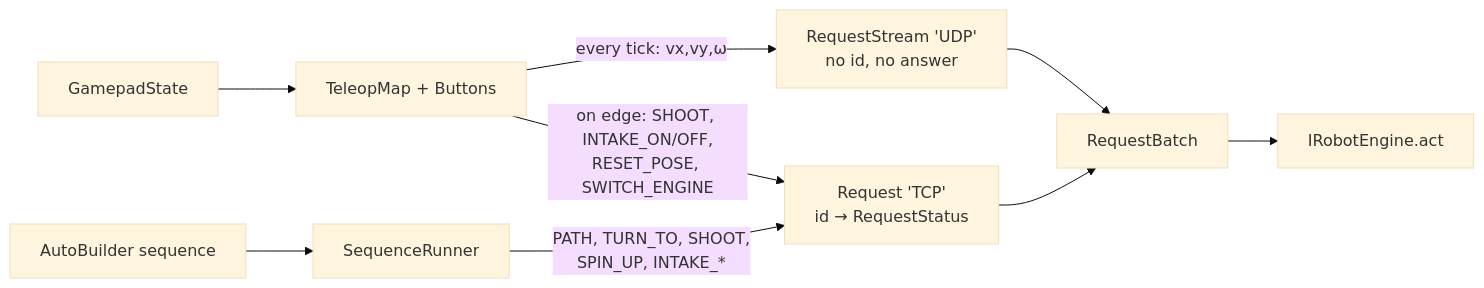
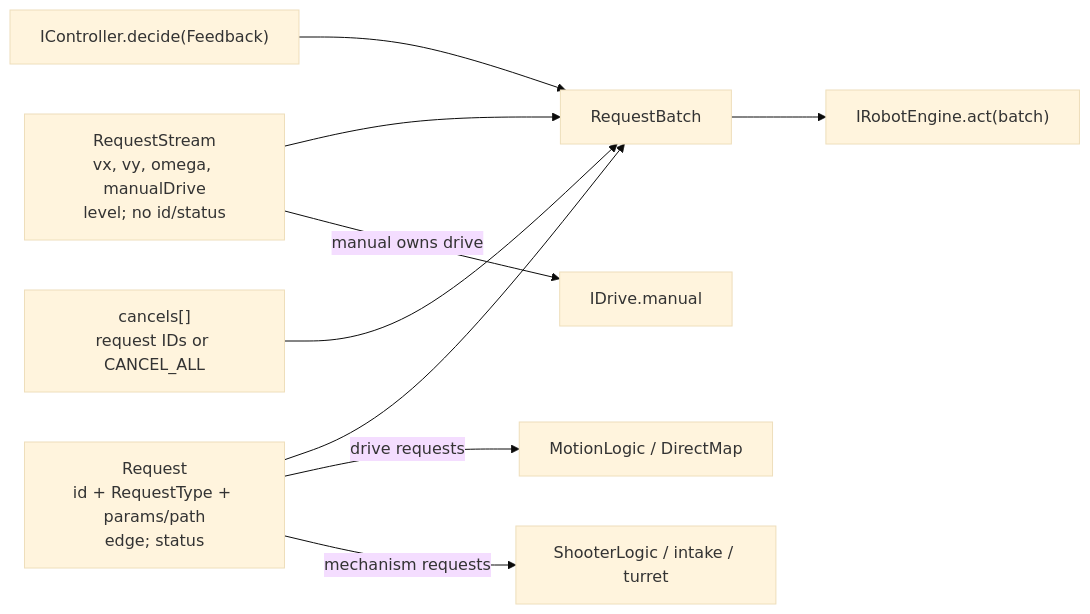
Diagram 12 of 23 in architecture/architecture.md (tunapro1234/boobuzz-docs), drawn with Mermaid (base theme) before and after one commit. The commit also changed other lines of this file and 48 other files, not shown here.

First line of the commit message:
Rewrite architecture as rendered diagram-first reference

````diff
--- a/architecture/architecture.md
+++ b/architecture/architecture.md
@@ -721,11 +609,11 @@
 ```mermaid
 flowchart LR
-    GP[GamepadState] --> TM[TeleopMap + Buttons]
-    AB[AutoBuilder sequence] --> SR[SequenceRunner]
-    TM -->|every tick: vx,vy,ω| ST[RequestStream 'UDP'<br/>no id, no answer]
-    TM -->|on edge: SHOOT, INTAKE_ON/OFF,<br/>RESET_POSE, SWITCH_ENGINE| RQ[Request 'TCP'<br/>id → RequestStatus]
-    SR -->|PATH, TURN_TO, SHOOT,<br/>SPIN_UP, INTAKE_*| RQ
-    ST --> RB[RequestBatch]
-    RQ --> RB
-    RB --> ENG[IRobotEngine.act]
+    C["IController.decide(Feedback)"] --> B["RequestBatch"]
+    S["RequestStream<br/>vx, vy, omega, manualDrive<br/>level; no id/status"] --> B
+    R["Request<br/>id + RequestType + params/path<br/>edge; status"] --> B
+    X["cancels[]<br/>request IDs or CANCEL_ALL"] --> B
+    B --> E["IRobotEngine.act(batch)"]
+    S -->|manual owns drive| M["IDrive.manual"]
+    R -->|drive requests| D["MotionLogic / DirectMap"]
+    R -->|mechanism requests| Q["ShooterLogic / intake / turret"]
 ```
````
